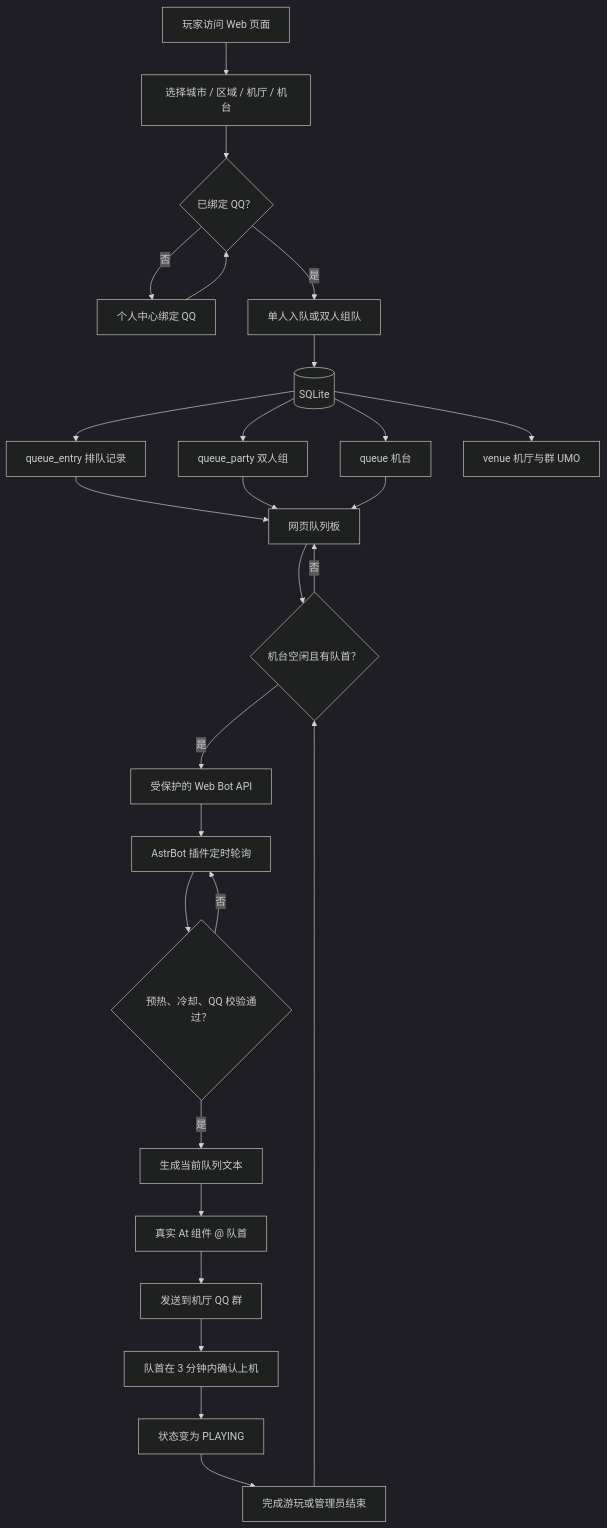
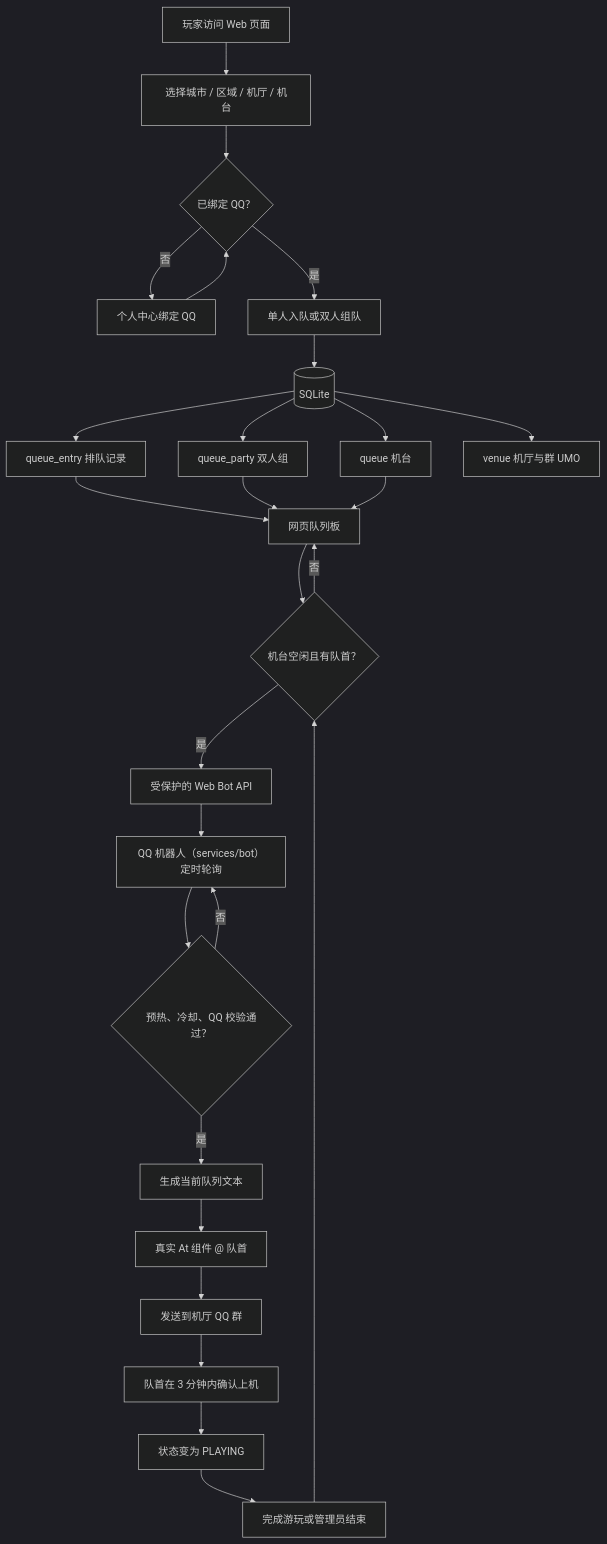
Before and after one commit to Bad0RANG3/VirtualWait-Template: the diagram in docs/DEPLOYMENT.md, drawn with Mermaid (dark theme). The commit also changed other lines of this file and 85 other files, not shown here.

````diff
--- a/docs/DEPLOYMENT.md
+++ b/docs/DEPLOYMENT.md
@@ -9,31 +9,31 @@
 ```mermaid
 flowchart TD
     A[玩家访问 Web 页面] --> B[选择城市 / 区域 / 机厅 / 机台]
     B --> C{已绑定 QQ？}
     C -- 否 --> D[个人中心绑定 QQ]
     D --> C
     C -- 是 --> E[单人入队或双人组队]
 
     E --> F[(SQLite)]
     F --> G[queue_entry 排队记录]
     F --> H[queue_party 双人组]
     F --> I[queue 机台]
     F --> J[venue 机厅与群 UMO]
 
     G --> K[网页队列板]
     H --> K
     I --> K
     K --> L{机台空闲且有队首？}
     L -- 否 --> K
     L -- 是 --> M[受保护的 Web Bot API]
-    M --> N[AstrBot 插件定时轮询]
+    M --> N[QQ 机器人（services/bot）定时轮询]
     N --> O{预热、冷却、QQ 校验通过？}
     O -- 否 --> N
     O -- 是 --> P[生成当前队列文本]
     P --> Q[真实 At 组件 @ 队首]
     Q --> R[发送到机厅 QQ 群]
     R --> S[队首在 3 分钟内确认上机]
     S --> T[状态变为 PLAYING]
     T --> U[完成游玩或管理员结束]
     U --> L
 ```
````
